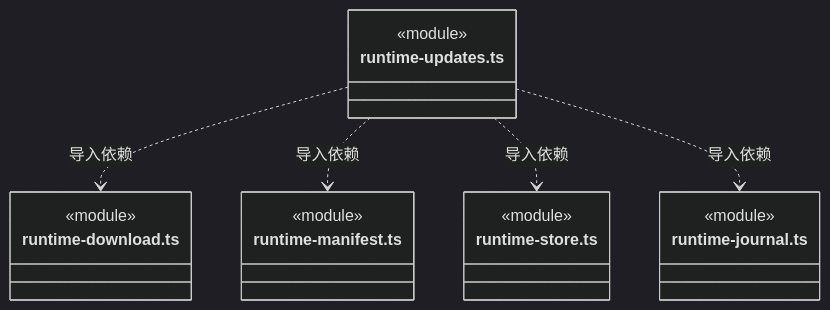
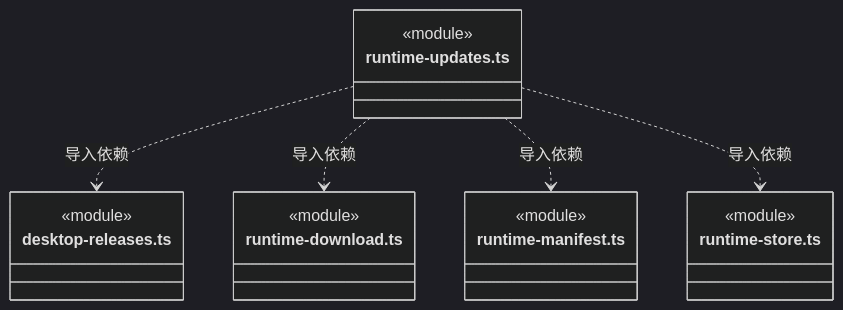
Before and after one commit to nan023062/cbim: diagram 26 of 27 in src/logic/updates/service/ARCHITECTURE.md, drawn with Mermaid (dark theme). The commit also changed other lines of this file and 52 other files, not shown here.

````diff
--- a/src/logic/updates/service/ARCHITECTURE.md
+++ b/src/logic/updates/service/ARCHITECTURE.md
@@ -473,22 +593,22 @@
 ```mermaid
 classDiagram
 class N_src_logic_updates_service_runtime_updates_ts["runtime-updates.ts"] {
+  <<module>>
+}
+class N_src_logic_updates_service_desktop_releases_ts["desktop-releases.ts"] {
   <<module>>
 }
 class N_src_logic_updates_service_runtime_download_ts["runtime-download.ts"] {
   <<module>>
 }
 class N_src_logic_updates_service_runtime_manifest_ts["runtime-manifest.ts"] {
   <<module>>
 }
 class N_src_logic_updates_service_runtime_store_ts["runtime-store.ts"] {
   <<module>>
 }
-class N_src_logic_updates_service_runtime_journal_ts["runtime-journal.ts"] {
-  <<module>>
-}
+N_src_logic_updates_service_runtime_updates_ts ..> N_src_logic_updates_service_desktop_releases_ts : 导入依赖
 N_src_logic_updates_service_runtime_updates_ts ..> N_src_logic_updates_service_runtime_download_ts : 导入依赖
 N_src_logic_updates_service_runtime_updates_ts ..> N_src_logic_updates_service_runtime_manifest_ts : 导入依赖
 N_src_logic_updates_service_runtime_updates_ts ..> N_src_logic_updates_service_runtime_store_ts : 导入依赖
-N_src_logic_updates_service_runtime_updates_ts ..> N_src_logic_updates_service_runtime_journal_ts : 导入依赖
 ```
````
